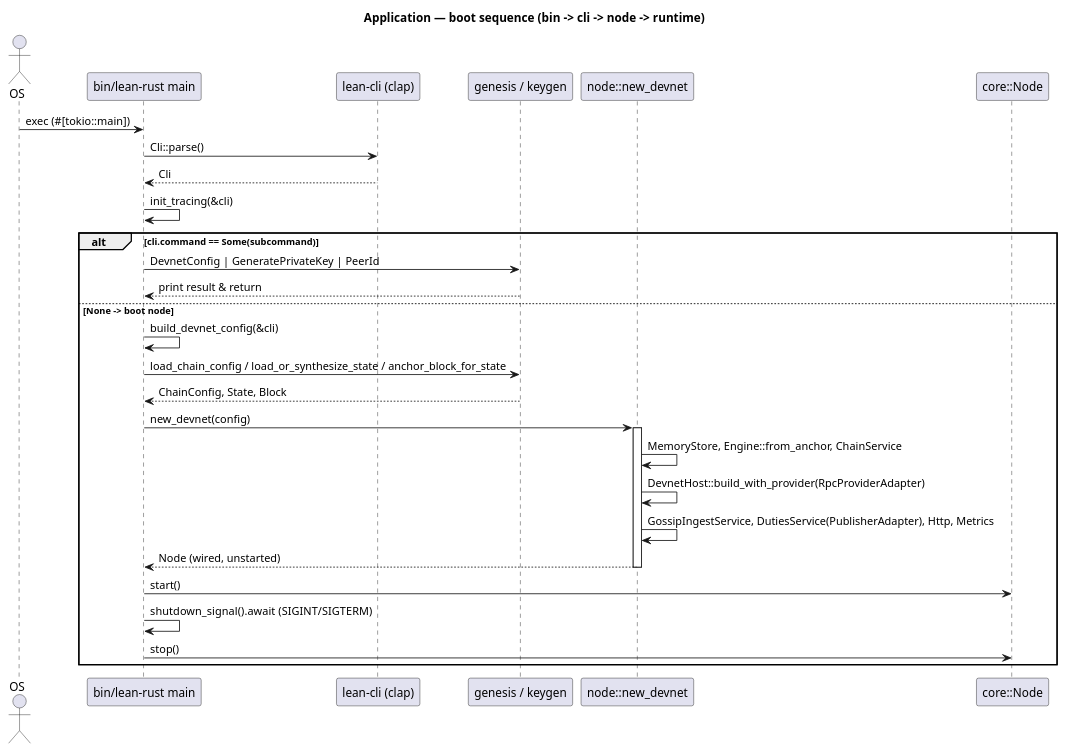
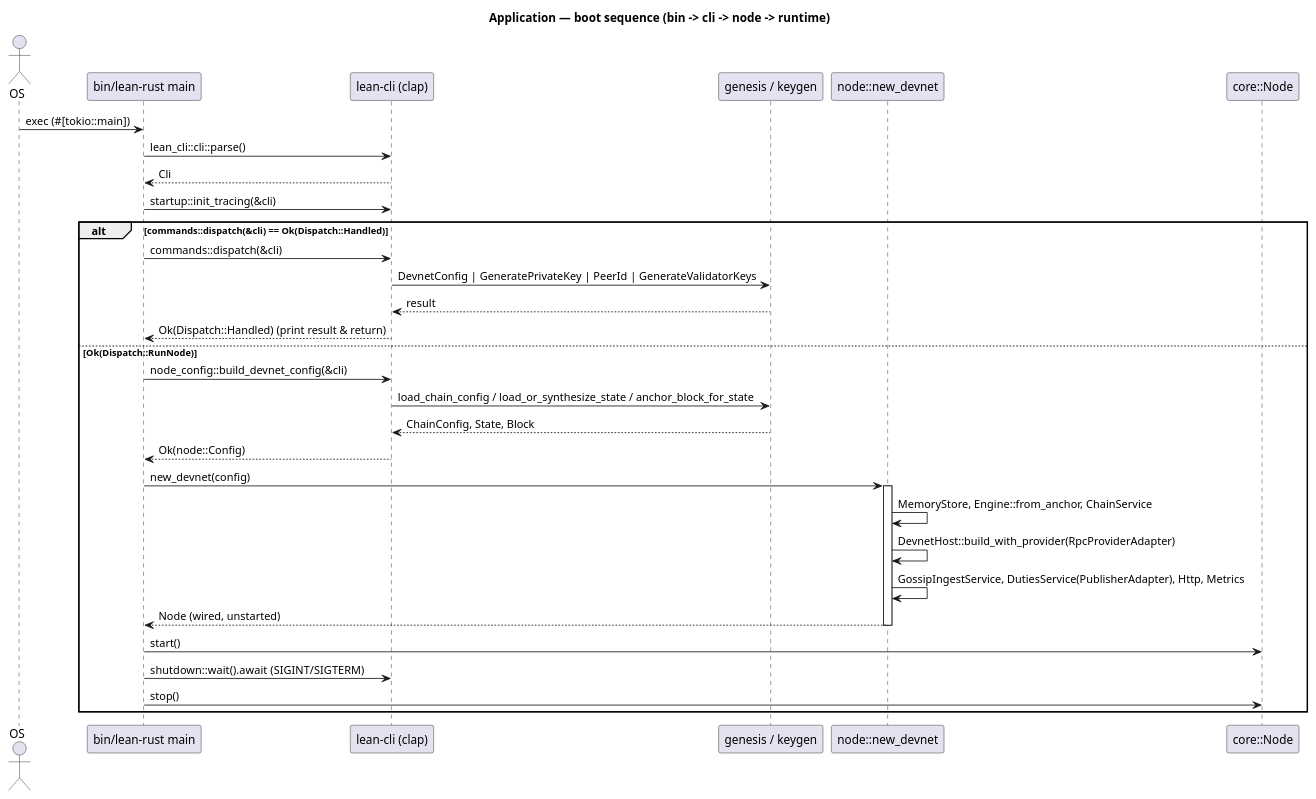
The diagram in docs/architecture/diagrams/application-seq-boot.puml (cyberbono3/lean-rust), drawn with PlantUML before and after one commit. The commit also changed 24 other files, not shown here.

First line of the commit message:
refactor(lean-rust,lean-cli): reduce main.rs to main + run (#236)

```diff
--- a/docs/architecture/diagrams/application-seq-boot.puml
+++ b/docs/architecture/diagrams/application-seq-boot.puml
@@ -1,35 +1,38 @@
 @startuml application-seq-boot
 title Application — boot sequence (bin -> cli -> node -> runtime)
 
 actor OS
 participant "bin/lean-rust main" as Main
 participant "lean-cli (clap)" as Cli
 participant "genesis / keygen" as Gen
 participant "node::new_devnet" as Devnet
 participant "core::Node" as Node
 
 OS -> Main : exec (#[tokio::main])
-Main -> Cli : Cli::parse()
+Main -> Cli : lean_cli::cli::parse()
 Cli --> Main : Cli
-Main -> Main : init_tracing(&cli)
+Main -> Cli : startup::init_tracing(&cli)
 
-alt cli.command == Some(subcommand)
-  Main -> Gen : DevnetConfig | GeneratePrivateKey | PeerId
-  Gen --> Main : print result & return
-else None -> boot node
-  Main -> Main : build_devnet_config(&cli)
-  Main -> Gen : load_chain_config / load_or_synthesize_state / anchor_block_for_state
-  Gen --> Main : ChainConfig, State, Block
+alt commands::dispatch(&cli) == Ok(Dispatch::Handled)
+  Main -> Cli : commands::dispatch(&cli)
+  Cli -> Gen : DevnetConfig | GeneratePrivateKey | PeerId | GenerateValidatorKeys
+  Gen --> Cli : result
+  Cli --> Main : Ok(Dispatch::Handled) (print result & return)
+else Ok(Dispatch::RunNode)
+  Main -> Cli : node_config::build_devnet_config(&cli)
+  Cli -> Gen : load_chain_config / load_or_synthesize_state / anchor_block_for_state
+  Gen --> Cli : ChainConfig, State, Block
+  Cli --> Main : Ok(node::Config)
   Main -> Devnet : new_devnet(config)
   activate Devnet
   Devnet -> Devnet : MemoryStore, Engine::from_anchor, ChainService
   Devnet -> Devnet : DevnetHost::build_with_provider(RpcProviderAdapter)
   Devnet -> Devnet : GossipIngestService, DutiesService(PublisherAdapter), Http, Metrics
   Devnet --> Main : Node (wired, unstarted)
   deactivate Devnet
   Main -> Node : start()
-  Main -> Main : shutdown_signal().await  (SIGINT/SIGTERM)
+  Main -> Cli : shutdown::wait().await  (SIGINT/SIGTERM)
   Main -> Node : stop()
 end
 
 @enduml
```
